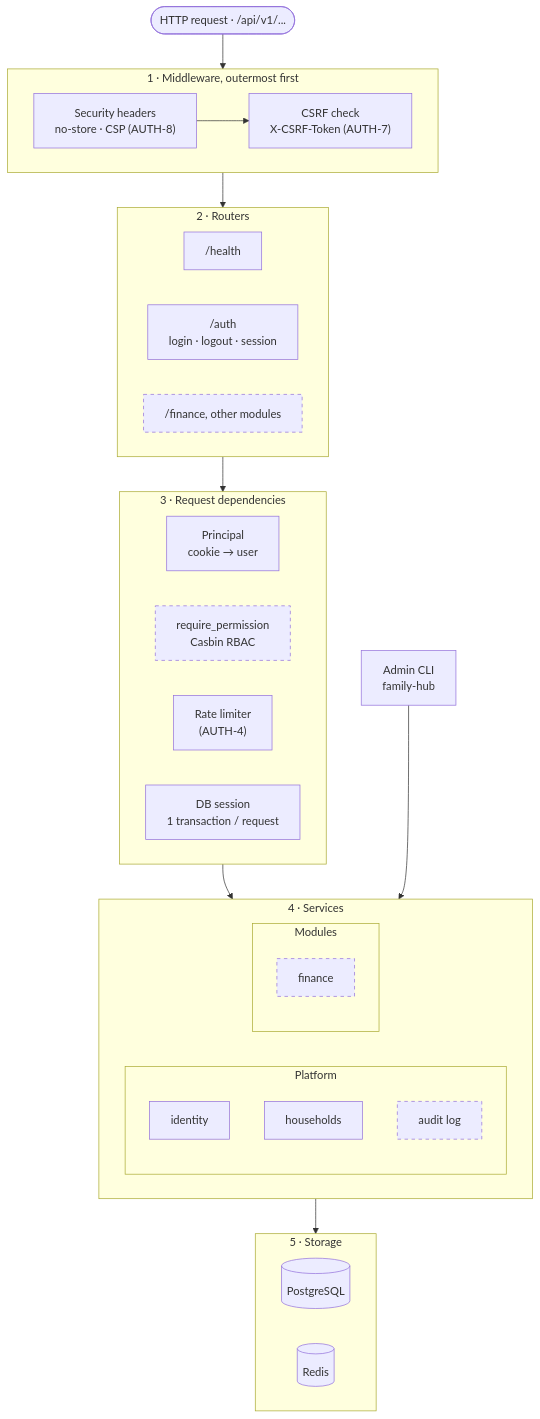
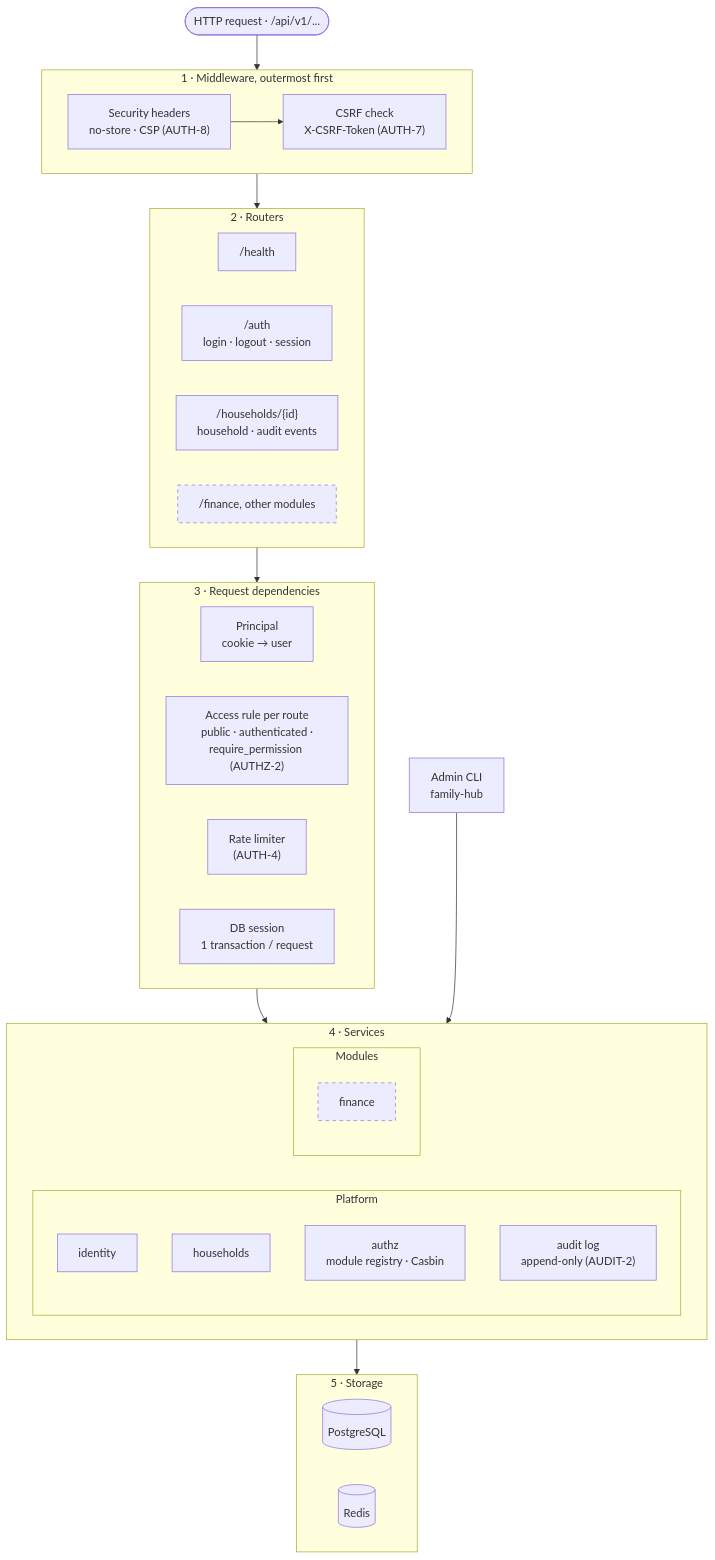
The diagram in docs/diagrams/api-components.mmd (YenChengLai/family-hub), drawn with Mermaid before and after one commit. The commit also changed 40 other files, not shown here.

```diff
--- a/docs/diagrams/api-components.mmd
+++ b/docs/diagrams/api-components.mmd
@@ -1,49 +1,51 @@
 %% C4 level 3: layers inside the API process. Each layer only calls the one below.
 %% Dashed = planned.
 flowchart TB
   request(["HTTP request · /api/v1/..."])
 
   subgraph middleware["1 · Middleware, outermost first"]
     direction LR
     headers["Security headers<br/>no-store · CSP (AUTH-8)"] --> csrf["CSRF check<br/>X-CSRF-Token (AUTH-7)"]
   end
 
   subgraph routers["2 · Routers"]
     direction LR
     health["/health"]
     auth["/auth<br/>login · logout · session"]
+    households_router["/households/{id}<br/>household · audit events"]
     module_router["/finance, other modules"]:::planned
   end
 
   subgraph dependencies["3 · Request dependencies"]
     direction LR
     principal["Principal<br/>cookie → user"]
-    permission["require_permission<br/>Casbin RBAC"]:::planned
+    permission["Access rule per route<br/>public · authenticated ·<br/>require_permission (AUTHZ-2)"]
     limiter["Rate limiter<br/>(AUTH-4)"]
     db["DB session<br/>1 transaction / request"]
   end
 
   subgraph services["4 · Services"]
     direction LR
     subgraph platform["Platform"]
       identity["identity"]
       households["households"]
-      audit["audit log"]:::planned
+      authz["authz<br/>module registry · Casbin"]
+      audit["audit log<br/>append-only (AUDIT-2)"]
     end
     subgraph modules["Modules"]
       finance["finance"]:::planned
     end
   end
 
   subgraph stores["5 · Storage"]
     direction LR
     postgres[("PostgreSQL")]
     redis[("Redis")]
   end
 
   cli["Admin CLI<br/>family-hub"]
 
   request --> middleware --> routers --> dependencies --> services --> stores
   cli --> services
 
   classDef planned stroke-dasharray: 5 5
```
